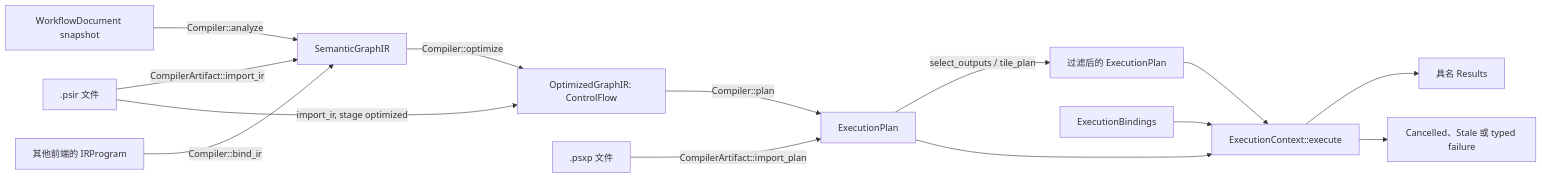
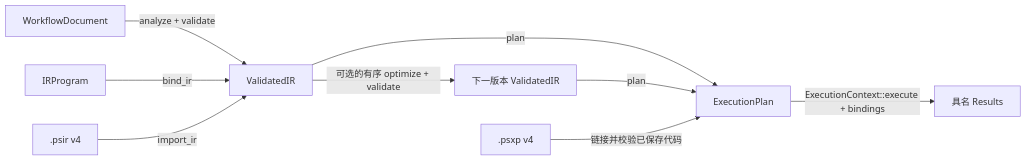
One commit to kevin-zf1123/photospider changed the first of 2 diagrams in docs/kernel-architecture/zh/Compiler-and-Execution.zh.md. Above: the diagram before and after it, drawn with Mermaid. The commit also changed other lines of this file and 176 other files, not shown here.

````diff
--- a/docs/kernel-architecture/zh/Compiler-and-Execution.zh.md
+++ b/docs/kernel-architecture/zh/Compiler-and-Execution.zh.md
@@ -13,16 +15,11 @@
 ```mermaid
 flowchart LR
-    DAG[WorkflowDocument snapshot] -->|Compiler::analyze| S[SemanticGraphIR]
-    FE[其他前端的 IRProgram] -->|Compiler::bind_ir| S
-    PSIR[.psir 文件] -->|CompilerArtifact::import_ir| S
-    PSIR -->|import_ir, stage optimized| O
-    S -->|Compiler::optimize| O[OptimizedGraphIR: ControlFlow]
-    O -->|Compiler::plan| P[ExecutionPlan]
-    PSXP[.psxp 文件] -->|CompilerArtifact::import_plan| P
-    P -->|select_outputs / tile_plan| P2[过滤后的 ExecutionPlan]
-    P --> X[ExecutionContext::execute]
-    P2 --> X
-    B[ExecutionBindings] --> X
-    X --> R[具名 Results]
-    X --> E[Cancelled、Stale 或 typed failure]
+    DAG[WorkflowDocument] -->|analyze + validate| IR[ValidatedIR]
+    FE[IRProgram] -->|bind_ir| IR
+    PSIR[.psir v4] -->|import_ir| IR
+    IR -->|可选的有序 optimize + validate| NEXT[下一版本 ValidatedIR]
+    IR -->|plan| P[ExecutionPlan]
+    NEXT -->|plan| P
+    PSXP[.psxp v4] -->|链接并校验已保存代码| P
+    P -->|ExecutionContext::execute + bindings| R[具名 Results]
 ```
````
